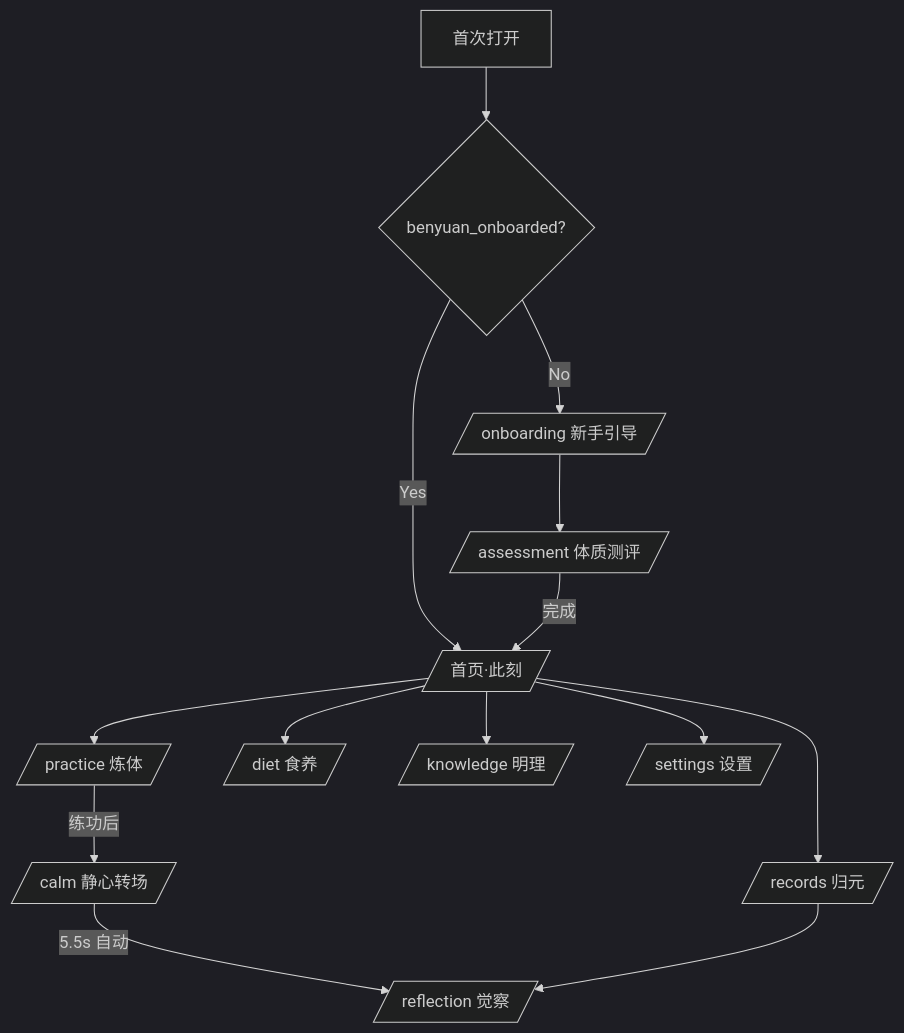
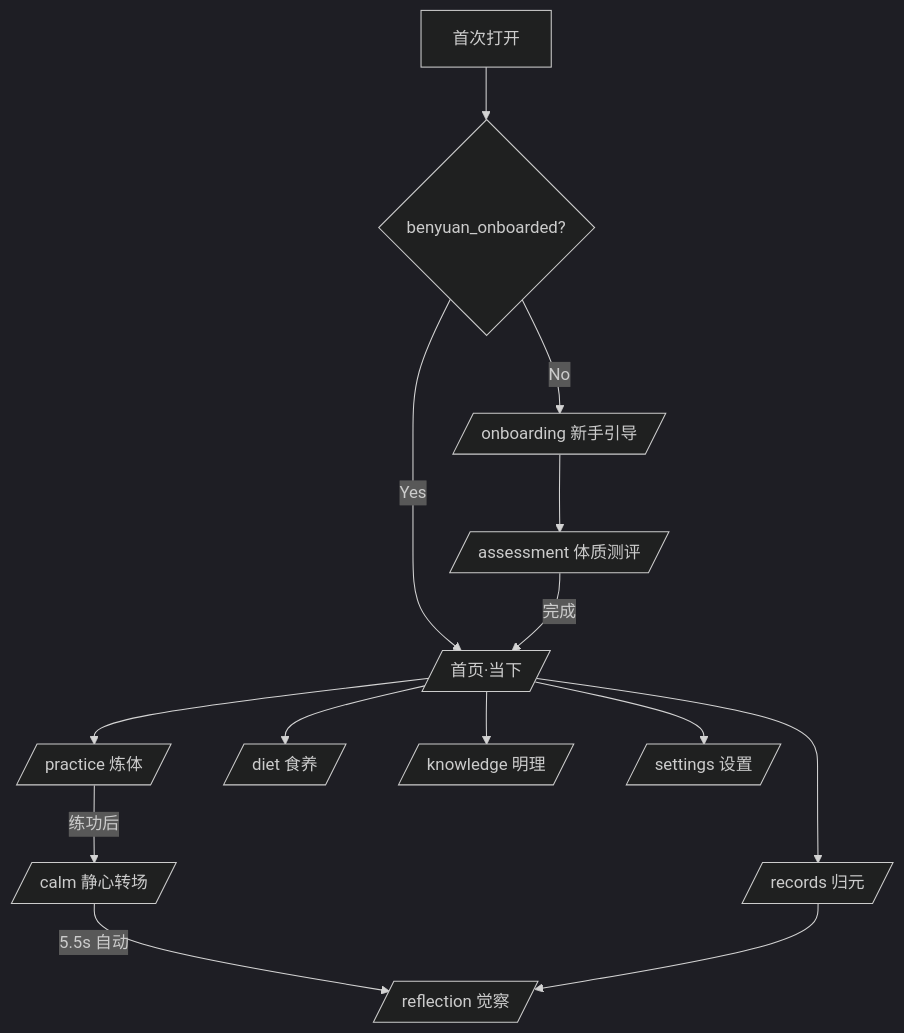
Before and after one commit to liuyangllyli/benyuan-wellness: the first of 5 diagrams in docs/architecture.md, drawn with Mermaid (dark theme). The commit also changed 26 other files, not shown here.

````diff
--- a/docs/architecture.md
+++ b/docs/architecture.md
@@ -29,19 +29,19 @@
 ```mermaid
 graph TD
     A[首次打开] --> B{benyuan_onboarded?}
     B -->|No| C[/onboarding 新手引导/]
     C --> D[/assessment 体质测评/]
-    B -->|Yes| E[/ 首页·此刻/]
+    B -->|Yes| E[/ 首页·当下/]
     D -->|完成| E
 
     E --> F[/practice 炼体/]
     E --> G[/diet 食养/]
     E --> H[/knowledge 明理/]
     E --> I[/records 归元/]
 
     F -->|练功后| J[/calm 静心转场/]
     J -->|5.5s 自动| L[/reflection 觉察/]
 
     I --> L
     E --> M[/settings 设置/]
 ```
````
